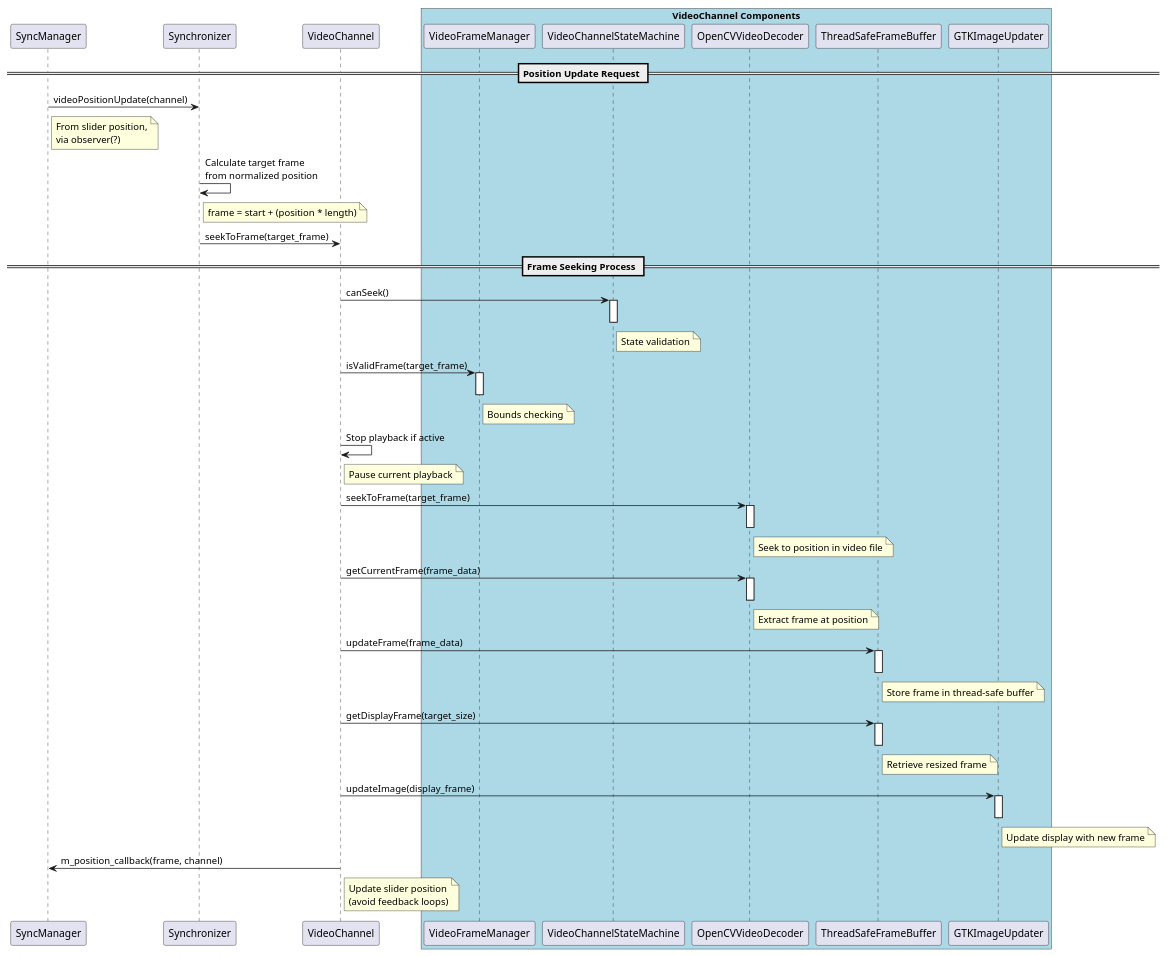
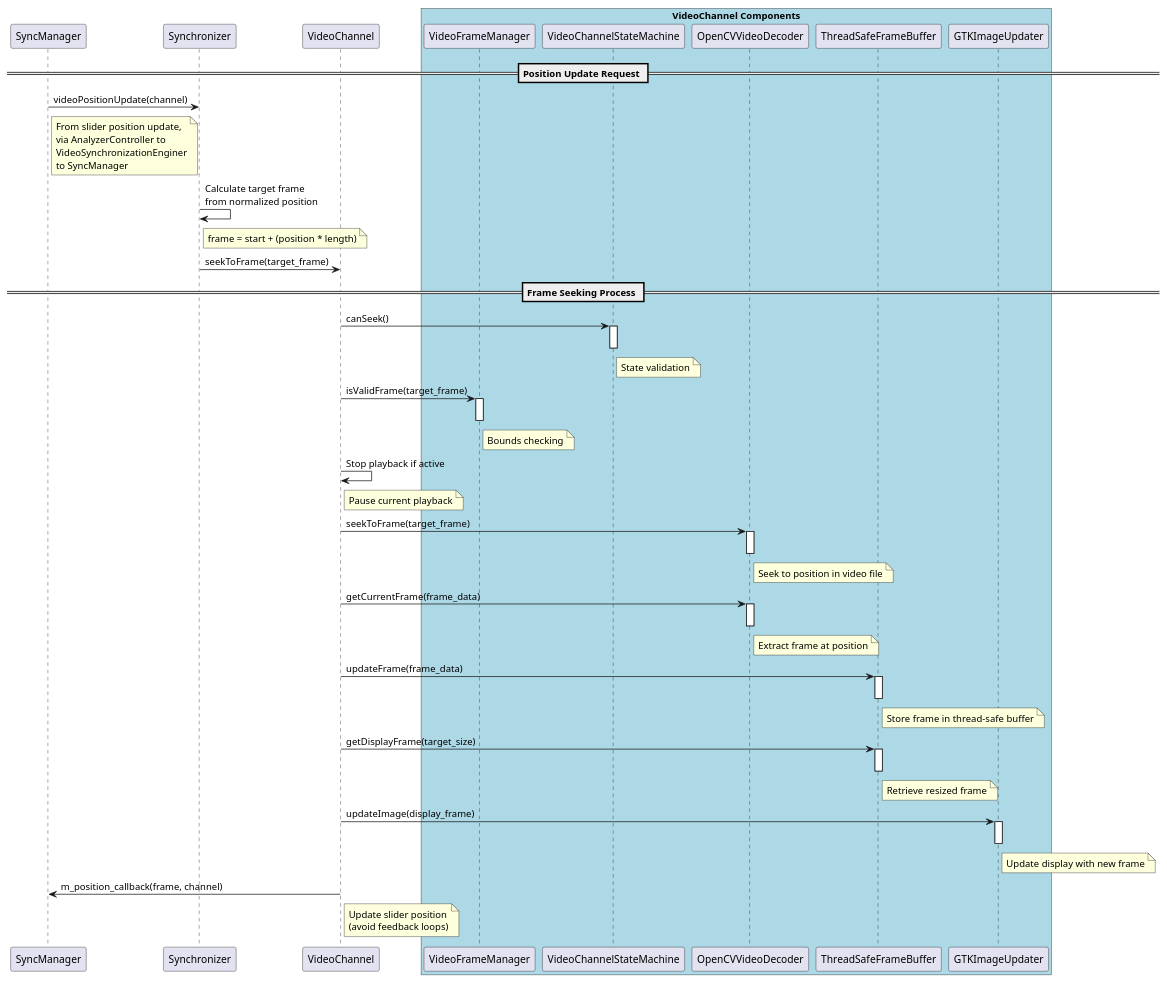
The fourth of 4 diagrams in design/Video synchronization and playback.md (timwalsh41/SwingAnalyzer), drawn with PlantUML before and after one commit. The commit also changed other lines of this file and 3 other files, not shown here.

````diff
--- a/design/Video synchronization and playback.md
+++ b/design/Video synchronization and playback.md
@@ -450,75 +454,74 @@
 ```plantuml
 
 @startuml
 
 participant "SyncManager" as SM
 participant "Synchronizer" as SY
 participant "VideoChannel" as VC
 participant "VideoFrameManager" as VFM
 participant "VideoChannelStateMachine" as VSM
 participant "OpenCVVideoDecoder" as VD
 participant "ThreadSafeFrameBuffer" as TSF
 participant "GTKImageUpdater" as GUI
 
 box "VideoChannel Components" #LightBlue
     participant VFM
     participant VSM
     participant VD
     participant TSF
     participant GUI
 end box
 
 == Position Update Request ==
 SM -> SY : videoPositionUpdate(channel)
-note right of SM : From slider position,\nvia observer(?)
-
+note right of SM : From slider position update,\nvia AnalyzerController to\nVideoSynchronizationEnginer\nto SyncManager 
 SY -> SY : Calculate target frame\nfrom normalized position
 note right of SY : frame = start + (position * length)
 
 SY -> VC : seekToFrame(target_frame)
 
 == Frame Seeking Process ==
 VC -> VSM : canSeek()
 activate VSM
 note right of VSM : State validation
 deactivate VSM
 
 VC -> VFM : isValidFrame(target_frame)
 activate VFM
 note right of VFM : Bounds checking
 deactivate VFM
 
 VC -> VC : Stop playback if active
 note right of VC : Pause current playback
 
 VC -> VD : seekToFrame(target_frame)
 activate VD
 note right of VD : Seek to position in video file
 deactivate VD
 
 VC -> VD : getCurrentFrame(frame_data)
 activate VD
 note right of VD : Extract frame at position
 deactivate VD
 
 VC -> TSF : updateFrame(frame_data)
 activate TSF
 note right of TSF : Store frame in thread-safe buffer
 deactivate TSF
 
 VC -> TSF : getDisplayFrame(target_size)
 activate TSF
 note right of TSF : Retrieve resized frame
 deactivate TSF
 
 VC -> GUI : updateImage(display_frame)
 activate GUI
 note right of GUI : Update display with new frame
 deactivate GUI
 
 VC -> SM : m_position_callback(frame, channel)
 note right of VC : Update slider position\n(avoid feedback loops)
 
 @enduml
 
 ```
````
